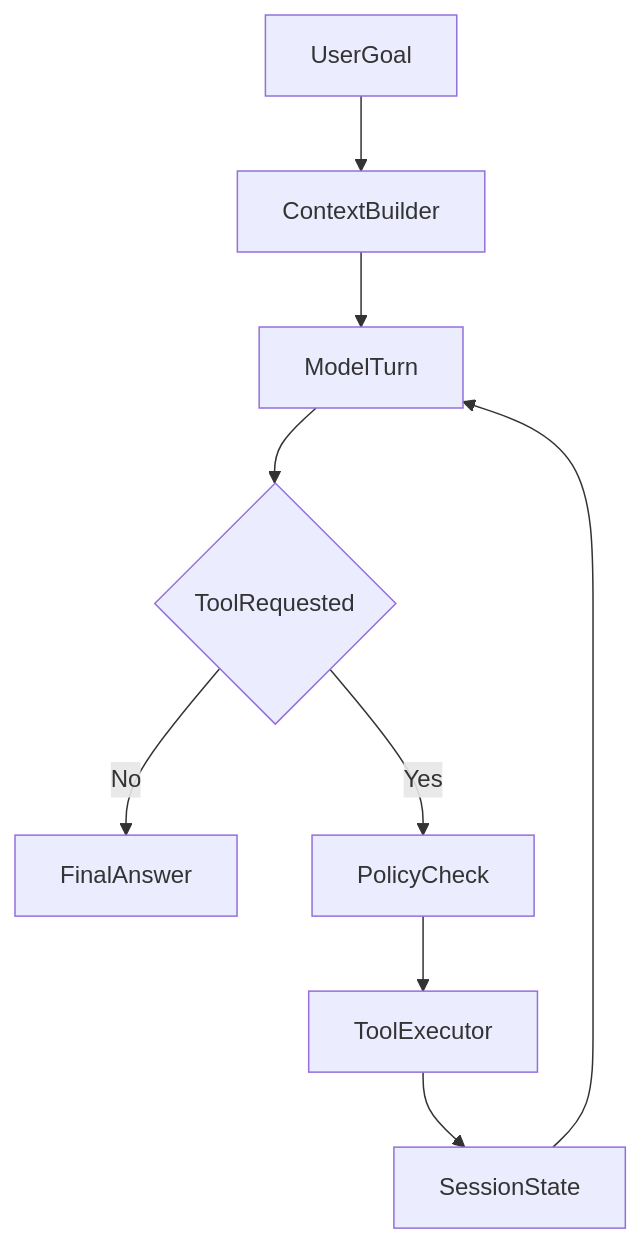
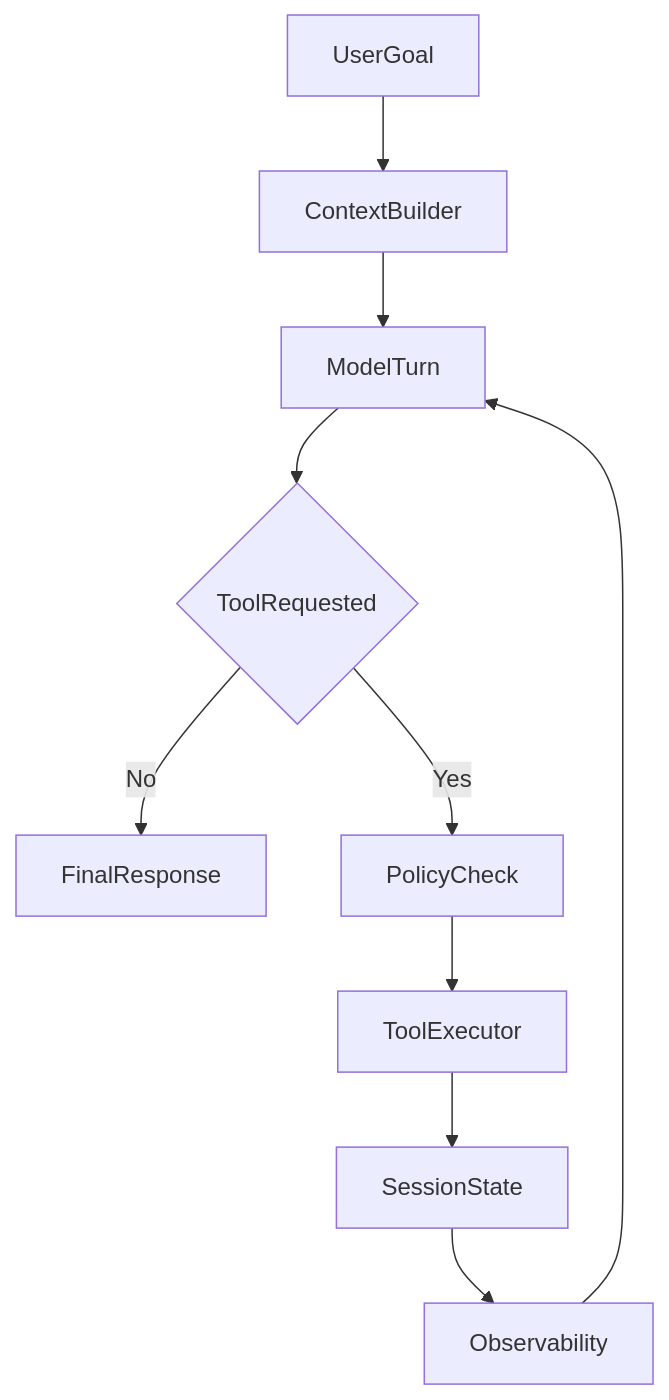
One commit to Satellite-vaudevilletheater933/build-your-own-agents-skill changed the diagram in README.md. Above: the diagram before and after it, drawn with Mermaid. The commit also changed other lines of this file and 38 other files, not shown here.

````diff
--- a/README.md
+++ b/README.md
@@ -94,11 +109,12 @@
 ```mermaid
 flowchart TD
     UserGoal[UserGoal] --> ContextBuilder[ContextBuilder]
     ContextBuilder --> ModelTurn[ModelTurn]
     ModelTurn --> ToolDecision{ToolRequested}
-    ToolDecision -->|No| FinalAnswer[FinalAnswer]
+    ToolDecision -->|No| FinalResponse[FinalResponse]
     ToolDecision -->|Yes| PolicyCheck[PolicyCheck]
     PolicyCheck --> ToolExecutor[ToolExecutor]
     ToolExecutor --> SessionState[SessionState]
-    SessionState --> ModelTurn
+    SessionState --> Observability[Observability]
+    Observability --> ModelTurn
 ```
````
